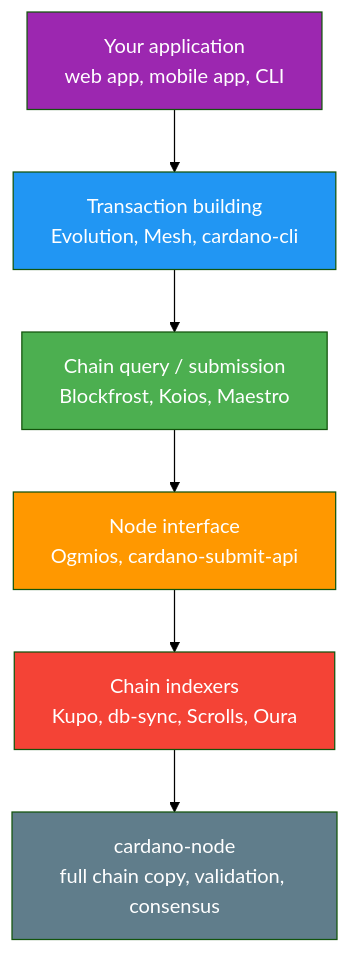
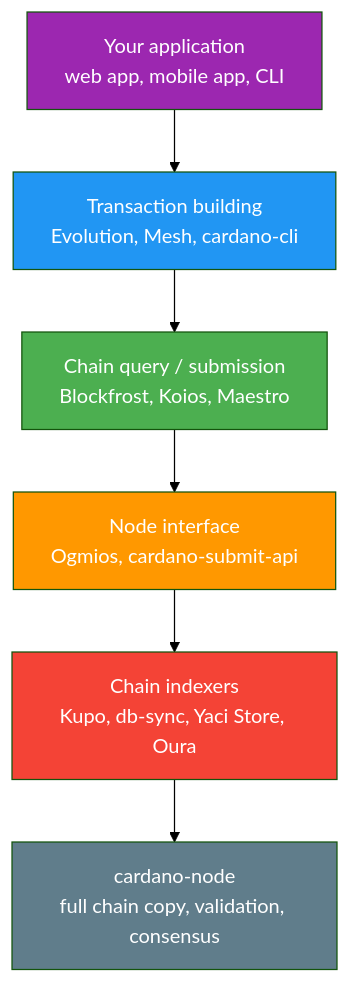
Before and after one commit to cardano-foundation/developer-portal: the first of 3 diagrams in docs/developers/curriculum/production/infrastructure.md, drawn with Mermaid (forest theme). The commit also changed other lines of this file and 5 other files, not shown here.

Commit message:
Production: custom indexing and chain analytics with Yaci Store

````diff
--- a/docs/developers/curriculum/production/infrastructure.md
+++ b/docs/developers/curriculum/production/infrastructure.md
@@ -22,14 +22,14 @@
 ```mermaid
 graph TD
     App[Your application\nweb app, mobile app, CLI] --> TX[Transaction building\nEvolution, Mesh, cardano-cli]
     TX --> API[Chain query / submission\nBlockfrost, Koios, Maestro]
     API --> NI[Node interface\nOgmios, cardano-submit-api]
-    NI --> IDX[Chain indexers\nKupo, db-sync, Scrolls, Oura]
+    NI --> IDX[Chain indexers\nKupo, db-sync, Yaci Store, Oura]
     IDX --> Node[cardano-node\nfull chain copy, validation, consensus]
     style App fill:#9C27B0,color:#fff
     style TX fill:#2196F3,color:#fff
     style API fill:#4CAF50,color:#fff
     style NI fill:#FF9800,color:#fff
     style IDX fill:#F44336,color:#fff
     style Node fill:#607D8B,color:#fff
 ```
````
